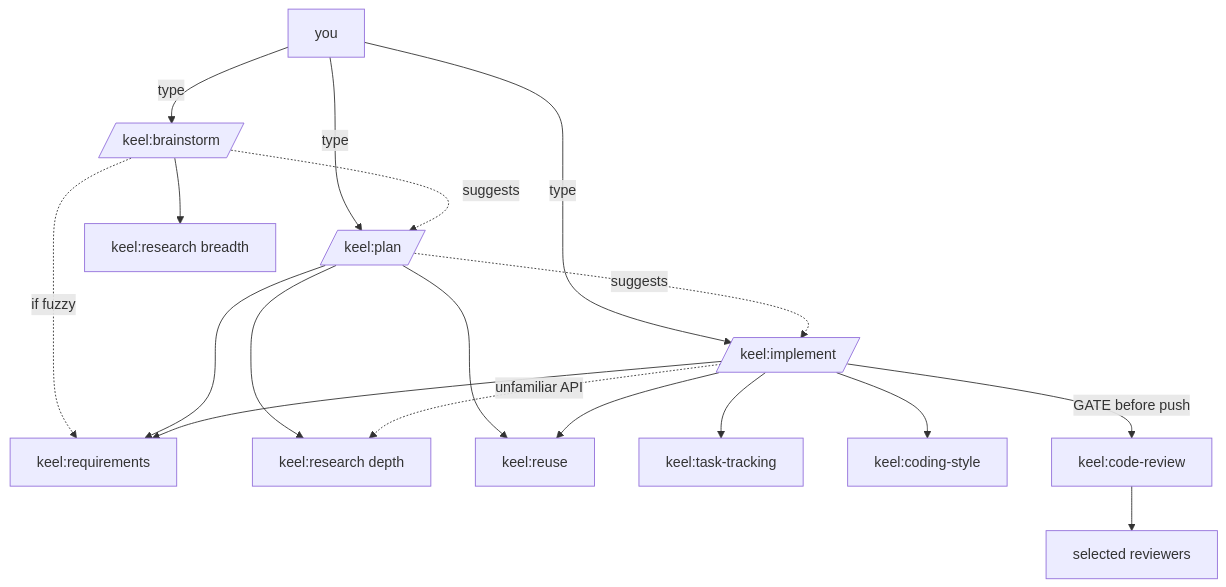
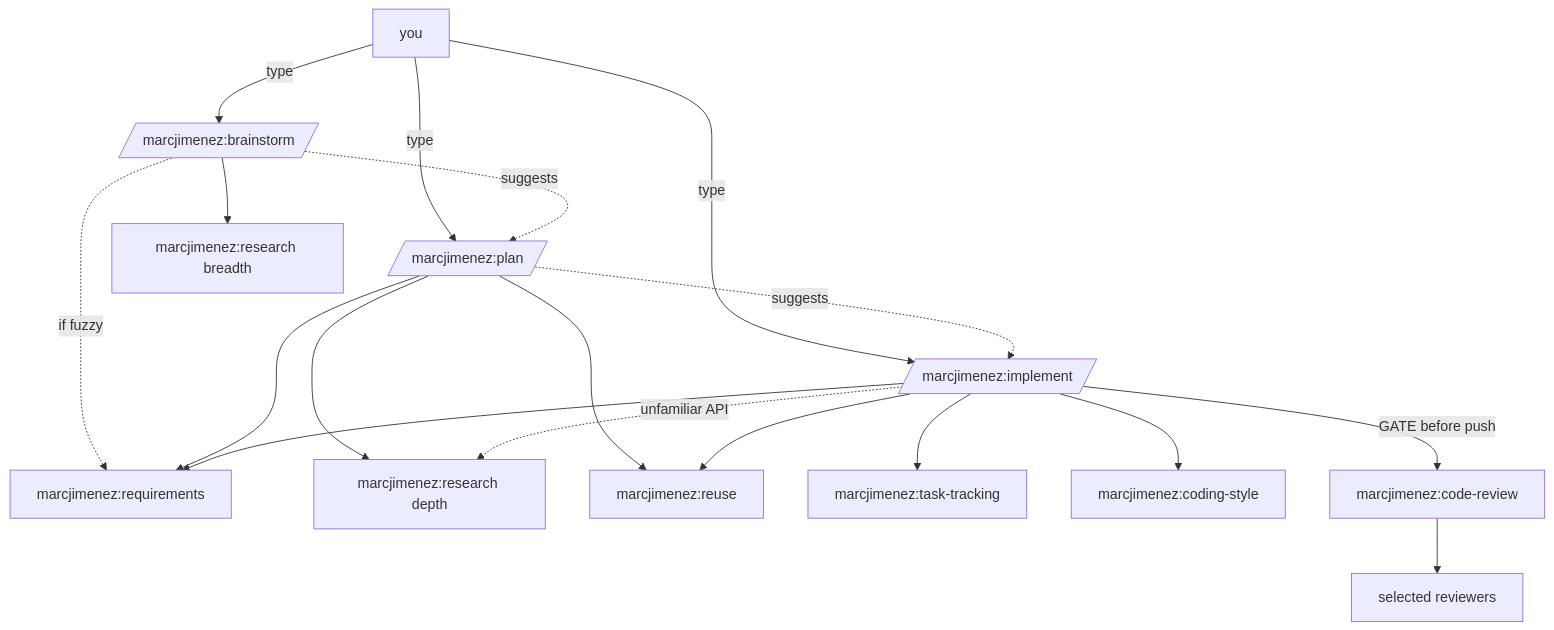
One commit to marcjimenez/skills changed the diagram in README.md. Above: the diagram before and after it, drawn with Mermaid. The commit also changed other lines of this file and 48 other files, not shown here.

First line of the commit message:
refactor: drop keel codename, rename plugin to marcjimenez

````diff
--- a/README.md
+++ b/README.md
@@ -37,20 +37,20 @@
 ```mermaid
 flowchart TD
-    U[you] -->|type| BR[/keel:brainstorm/]
-    U -->|type| PL[/keel:plan/]
-    U -->|type| IM[/keel:implement/]
-    BR --> RS[keel:research breadth]
+    U[you] -->|type| BR[/marcjimenez:brainstorm/]
+    U -->|type| PL[/marcjimenez:plan/]
+    U -->|type| IM[/marcjimenez:implement/]
+    BR --> RS[marcjimenez:research breadth]
     BR -.if fuzzy.-> RQ
     BR -.suggests.-> PL
-    PL --> RQ[keel:requirements]
-    PL --> RSD[keel:research depth]
-    PL --> RU[keel:reuse]
+    PL --> RQ[marcjimenez:requirements]
+    PL --> RSD[marcjimenez:research depth]
+    PL --> RU[marcjimenez:reuse]
     PL -.suggests.-> IM
     IM --> RQ
-    IM --> TT[keel:task-tracking]
+    IM --> TT[marcjimenez:task-tracking]
     IM --> RU
-    IM --> CS[keel:coding-style]
+    IM --> CS[marcjimenez:coding-style]
     IM -.unfamiliar API.-> RSD
-    IM -->|GATE before push| CR[keel:code-review]
+    IM -->|GATE before push| CR[marcjimenez:code-review]
     CR --> REV[selected reviewers]
 ```
````
